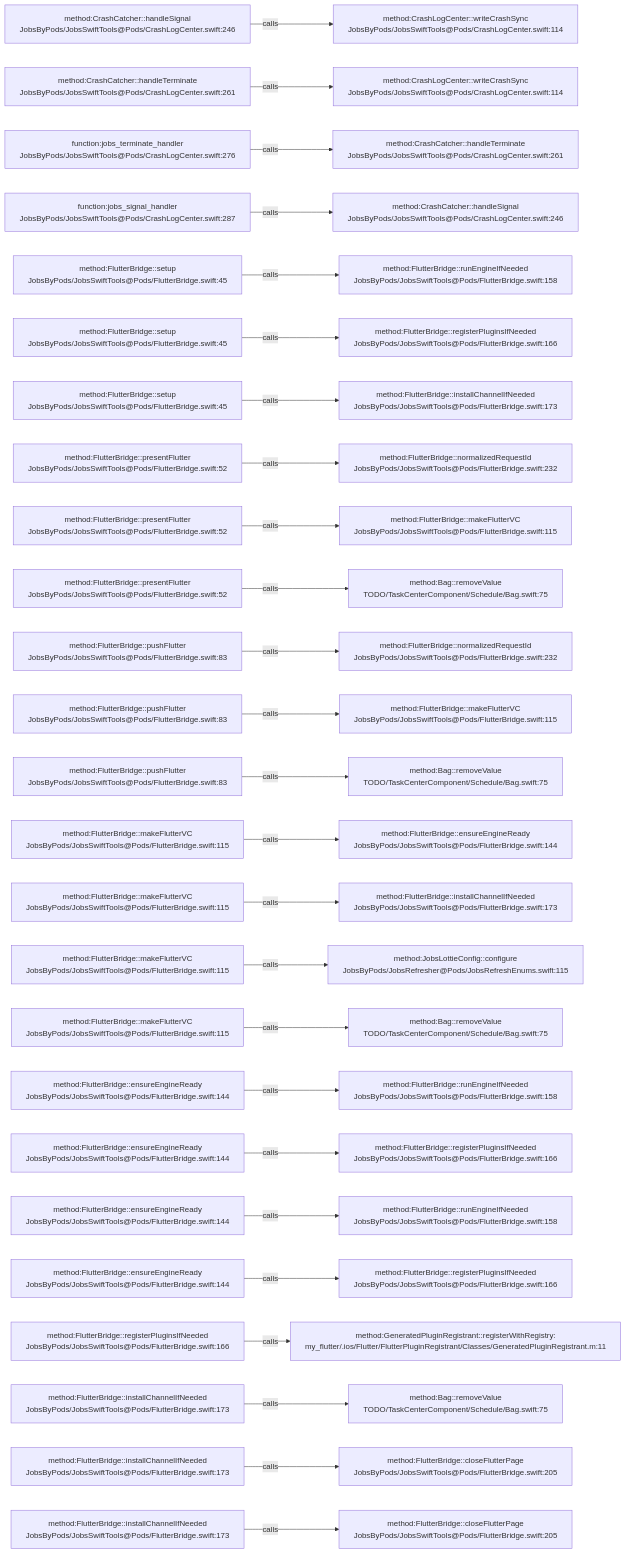
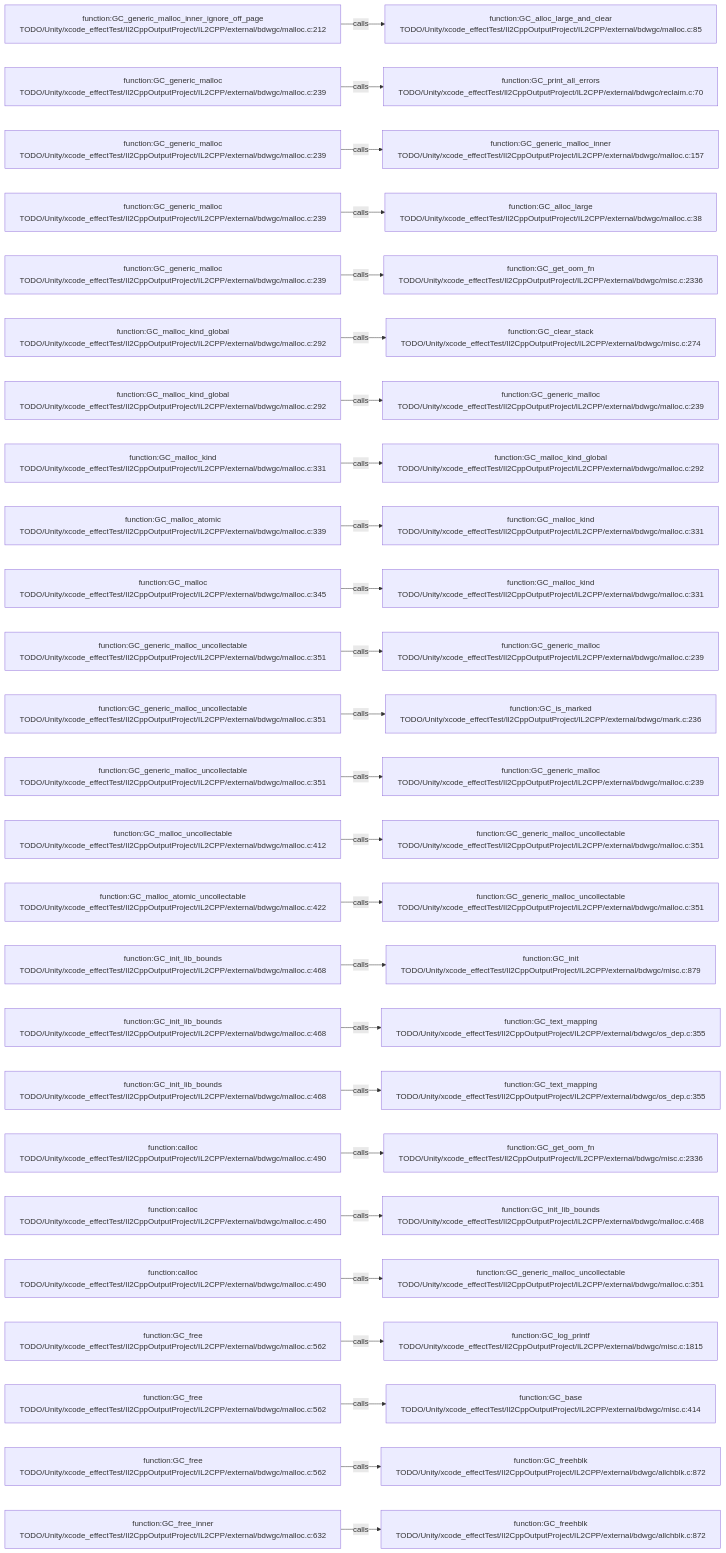
Before and after one commit to JobsKits/JobsSwiftBaseConfigDemo: the diagram in .codegraph/codegraph.md/graphs/calls-193.md, drawn with Mermaid. The commit also changed 569 other files, not shown here.

````diff
--- a/.codegraph/codegraph.md/graphs/calls-193.md
+++ b/.codegraph/codegraph.md/graphs/calls-193.md
@@ -13,78 +13,78 @@
 ```mermaid
 flowchart LR
-  S1["method:CrashCatcher::handleSignal<br/>JobsByPods/JobsSwiftTools@Pods/CrashLogCenter.swift:246"]
-  T1["method:CrashLogCenter::writeCrashSync<br/>JobsByPods/JobsSwiftTools@Pods/CrashLogCenter.swift:114"]
+  S1["function:GC_generic_malloc_inner_ignore_off_page<br/>TODO/Unity/xcode_effectTest/Il2CppOutputProject/IL2CPP/external/bdwgc/malloc.c:212"]
+  T1["function:GC_alloc_large_and_clear<br/>TODO/Unity/xcode_effectTest/Il2CppOutputProject/IL2CPP/external/bdwgc/malloc.c:85"]
   S1 -->|calls| T1
-  S2["method:CrashCatcher::handleTerminate<br/>JobsByPods/JobsSwiftTools@Pods/CrashLogCenter.swift:261"]
-  T2["method:CrashLogCenter::writeCrashSync<br/>JobsByPods/JobsSwiftTools@Pods/CrashLogCenter.swift:114"]
+  S2["function:GC_generic_malloc<br/>TODO/Unity/xcode_effectTest/Il2CppOutputProject/IL2CPP/external/bdwgc/malloc.c:239"]
+  T2["function:GC_print_all_errors<br/>TODO/Unity/xcode_effectTest/Il2CppOutputProject/IL2CPP/external/bdwgc/reclaim.c:70"]
   S2 -->|calls| T2
-  S3["function:jobs_terminate_handler<br/>JobsByPods/JobsSwiftTools@Pods/CrashLogCenter.swift:276"]
-  T3["method:CrashCatcher::handleTerminate<br/>JobsByPods/JobsSwiftTools@Pods/CrashLogCenter.swift:261"]
+  S3["function:GC_generic_malloc<br/>TODO/Unity/xcode_effectTest/Il2CppOutputProject/IL2CPP/external/bdwgc/malloc.c:239"]
+  T3["function:GC_generic_malloc_inner<br/>TODO/Unity/xcode_effectTest/Il2CppOutputProject/IL2CPP/external/bdwgc/malloc.c:157"]
   S3 -->|calls| T3
-  S4["function:jobs_signal_handler<br/>JobsByPods/JobsSwiftTools@Pods/CrashLogCenter.swift:287"]
-  T4["method:CrashCatcher::handleSignal<br/>JobsByPods/JobsSwiftTools@Pods/CrashLogCenter.swift:246"]
+  S4["function:GC_generic_malloc<br/>TODO/Unity/xcode_effectTest/Il2CppOutputProject/IL2CPP/external/bdwgc/malloc.c:239"]
+  T4["function:GC_alloc_large<br/>TODO/Unity/xcode_effectTest/Il2CppOutputProject/IL2CPP/external/bdwgc/malloc.c:38"]
   S4 -->|calls| T4
-  S5["method:FlutterBridge::setup<br/>JobsByPods/JobsSwiftTools@Pods/FlutterBridge.swift:45"]
-  T5["method:FlutterBridge::runEngineIfNeeded<br/>JobsByPods/JobsSwiftTools@Pods/FlutterBridge.swift:158"]
+  S5["function:GC_generic_malloc<br/>TODO/Unity/xcode_effectTest/Il2CppOutputProject/IL2CPP/external/bdwgc/malloc.c:239"]
+  T5["function:GC_get_oom_fn<br/>TODO/Unity/xcode_effectTest/Il2CppOutputProject/IL2CPP/external/bdwgc/misc.c:2336"]
   S5 -->|calls| T5
-  S6["method:FlutterBridge::setup<br/>JobsByPods/JobsSwiftTools@Pods/FlutterBridge.swift:45"]
-  T6["method:FlutterBridge::registerPluginsIfNeeded<br/>JobsByPods/JobsSwiftTools@Pods/FlutterBridge.swift:166"]
+  S6["function:GC_malloc_kind_global<br/>TODO/Unity/xcode_effectTest/Il2CppOutputProject/IL2CPP/external/bdwgc/malloc.c:292"]
+  T6["function:GC_clear_stack<br/>TODO/Unity/xcode_effectTest/Il2CppOutputProject/IL2CPP/external/bdwgc/misc.c:274"]
   S6 -->|calls| T6
-  S7["method:FlutterBridge::setup<br/>JobsByPods/JobsSwiftTools@Pods/FlutterBridge.swift:45"]
-  T7["method:FlutterBridge::installChannelIfNeeded<br/>JobsByPods/JobsSwiftTools@Pods/FlutterBridge.swift:173"]
+  S7["function:GC_malloc_kind_global<br/>TODO/Unity/xcode_effectTest/Il2CppOutputProject/IL2CPP/external/bdwgc/malloc.c:292"]
+  T7["function:GC_generic_malloc<br/>TODO/Unity/xcode_effectTest/Il2CppOutputProject/IL2CPP/external/bdwgc/malloc.c:239"]
   S7 -->|calls| T7
-  S8["method:FlutterBridge::presentFlutter<br/>JobsByPods/JobsSwiftTools@Pods/FlutterBridge.swift:52"]
-  T8["method:FlutterBridge::normalizedRequestId<br/>JobsByPods/JobsSwiftTools@Pods/FlutterBridge.swift:232"]
+  S8["function:GC_malloc_kind<br/>TODO/Unity/xcode_effectTest/Il2CppOutputProject/IL2CPP/external/bdwgc/malloc.c:331"]
+  T8["function:GC_malloc_kind_global<br/>TODO/Unity/xcode_effectTest/Il2CppOutputProject/IL2CPP/external/bdwgc/malloc.c:292"]
   S8 -->|calls| T8
-  S9["method:FlutterBridge::presentFlutter<br/>JobsByPods/JobsSwiftTools@Pods/FlutterBridge.swift:52"]
-  T9["method:FlutterBridge::makeFlutterVC<br/>JobsByPods/JobsSwiftTools@Pods/FlutterBridge.swift:115"]
+  S9["function:GC_malloc_atomic<br/>TODO/Unity/xcode_effectTest/Il2CppOutputProject/IL2CPP/external/bdwgc/malloc.c:339"]
+  T9["function:GC_malloc_kind<br/>TODO/Unity/xcode_effectTest/Il2CppOutputProject/IL2CPP/external/bdwgc/malloc.c:331"]
   S9 -->|calls| T9
-  S10["method:FlutterBridge::presentFlutter<br/>JobsByPods/JobsSwiftTools@Pods/FlutterBridge.swift:52"]
-  T10["method:Bag::removeValue<br/>TODO/TaskCenterComponent/Schedule/Bag.swift:75"]
+  S10["function:GC_malloc<br/>TODO/Unity/xcode_effectTest/Il2CppOutputProject/IL2CPP/external/bdwgc/malloc.c:345"]
+  T10["function:GC_malloc_kind<br/>TODO/Unity/xcode_effectTest/Il2CppOutputProject/IL2CPP/external/bdwgc/malloc.c:331"]
   S10 -->|calls| T10
-  S11["method:FlutterBridge::pushFlutter<br/>JobsByPods/JobsSwiftTools@Pods/FlutterBridge.swift:83"]
-  T11["method:FlutterBridge::normalizedRequestId<br/>JobsByPods/JobsSwiftTools@Pods/FlutterBridge.swift:232"]
+  S11["function:GC_generic_malloc_uncollectable<br/>TODO/Unity/xcode_effectTest/Il2CppOutputProject/IL2CPP/external/bdwgc/malloc.c:351"]
+  T11["function:GC_generic_malloc<br/>TODO/Unity/xcode_effectTest/Il2CppOutputProject/IL2CPP/external/bdwgc/malloc.c:239"]
   S11 -->|calls| T11
-  S12["method:FlutterBridge::pushFlutter<br/>JobsByPods/JobsSwiftTools@Pods/FlutterBridge.swift:83"]
-  T12["method:FlutterBridge::makeFlutterVC<br/>JobsByPods/JobsSwiftTools@Pods/FlutterBridge.swift:115"]
+  S12["function:GC_generic_malloc_uncollectable<br/>TODO/Unity/xcode_effectTest/Il2CppOutputProject/IL2CPP/external/bdwgc/malloc.c:351"]
+  T12["function:GC_is_marked<br/>TODO/Unity/xcode_effectTest/Il2CppOutputProject/IL2CPP/external/bdwgc/mark.c:236"]
   S12 -->|calls| T12
-  S13["method:FlutterBridge::pushFlutter<br/>JobsByPods/JobsSwiftTools@Pods/FlutterBridge.swift:83"]
-  T13["method:Bag::removeValue<br/>TODO/TaskCenterComponent/Schedule/Bag.swift:75"]
+  S13["function:GC_generic_malloc_uncollectable<br/>TODO/Unity/xcode_effectTest/Il2CppOutputProject/IL2CPP/external/bdwgc/malloc.c:351"]
+  T13["function:GC_generic_malloc<br/>TODO/Unity/xcode_effectTest/Il2CppOutputProject/IL2CPP/external/bdwgc/malloc.c:239"]
   S13 -->|calls| T13
-  S14["method:FlutterBridge::makeFlutterVC<br/>JobsByPods/JobsSwiftTools@Pods/FlutterBridge.swift:115"]
-  T14["method:FlutterBridge::ensureEngineReady<br/>JobsByPods/JobsSwiftTools@Pods/FlutterBridge.swift:144"]
+  S14["function:GC_malloc_uncollectable<br/>TODO/Unity/xcode_effectTest/Il2CppOutputProject/IL2CPP/external/bdwgc/malloc.c:412"]
+  T14["function:GC_generic_malloc_uncollectable<br/>TODO/Unity/xcode_effectTest/Il2CppOutputProject/IL2CPP/external/bdwgc/malloc.c:351"]
   S14 -->|calls| T14
-  S15["method:FlutterBridge::makeFlutterVC<br/>JobsByPods/JobsSwiftTools@Pods/FlutterBridge.swift:115"]
-  T15["method:FlutterBridge::installChannelIfNeeded<br/>JobsByPods/JobsSwiftTools@Pods/FlutterBridge.swift:173"]
+  S15["function:GC_malloc_atomic_uncollectable<br/>TODO/Unity/xcode_effectTest/Il2CppOutputProject/IL2CPP/external/bdwgc/malloc.c:422"]
+  T15["function:GC_generic_malloc_uncollectable<br/>TODO/Unity/xcode_effectTest/Il2CppOutputProject/IL2CPP/external/bdwgc/malloc.c:351"]
   S15 -->|calls| T15
-  S16["method:FlutterBridge::makeFlutterVC<br/>JobsByPods/JobsSwiftTools@Pods/FlutterBridge.swift:115"]
-  T16["method:JobsLottieConfig::configure<br/>JobsByPods/JobsRefresher@Pods/JobsRefreshEnums.swift:115"]
+  S16["function:GC_init_lib_bounds<br/>TODO/Unity/xcode_effectTest/Il2CppOutputProject/IL2CPP/external/bdwgc/malloc.c:468"]
+  T16["function:GC_init<br/>TODO/Unity/xcode_effectTest/Il2CppOutputProject/IL2CPP/external/bdwgc/misc.c:879"]
   S16 -->|calls| T16
-  S17["method:FlutterBridge::makeFlutterVC<br/>JobsByPods/JobsSwiftTools@Pods/FlutterBridge.swift:115"]
-  T17["method:Bag::removeValue<br/>TODO/TaskCenterComponent/Schedule/Bag.swift:75"]
+  S17["function:GC_init_lib_bounds<br/>TODO/Unity/xcode_effectTest/Il2CppOutputProject/IL2CPP/external/bdwgc/malloc.c:468"]
+  T17["function:GC_text_mapping<br/>TODO/Unity/xcode_effectTest/Il2CppOutputProject/IL2CPP/external/bdwgc/os_dep.c:355"]
   S17 -->|calls| T17
-  S18["method:FlutterBridge::ensureEngineReady<br/>JobsByPods/JobsSwiftTools@Pods/FlutterBridge.swift:144"]
-  T18["method:FlutterBridge::runEngineIfNeeded<br/>JobsByPods/JobsSwiftTools@Pods/FlutterBridge.swift:158"]
+  S18["function:GC_init_lib_bounds<br/>TODO/Unity/xcode_effectTest/Il2CppOutputProject/IL2CPP/external/bdwgc/malloc.c:468"]
+  T18["function:GC_text_mapping<br/>TODO/Unity/xcode_effectTest/Il2CppOutputProject/IL2CPP/external/bdwgc/os_dep.c:355"]
   S18 -->|calls| T18
-  S19["method:FlutterBridge::ensureEngineReady<br/>JobsByPods/JobsSwiftTools@Pods/FlutterBridge.swift:144"]
-  T19["method:FlutterBridge::registerPluginsIfNeeded<br/>JobsByPods/JobsSwiftTools@Pods/FlutterBridge.swift:166"]
+  S19["function:calloc<br/>TODO/Unity/xcode_effectTest/Il2CppOutputProject/IL2CPP/external/bdwgc/malloc.c:490"]
+  T19["function:GC_get_oom_fn<br/>TODO/Unity/xcode_effectTest/Il2CppOutputProject/IL2CPP/external/bdwgc/misc.c:2336"]
   S19 -->|calls| T19
-  S20["method:FlutterBridge::ensureEngineReady<br/>JobsByPods/JobsSwiftTools@Pods/FlutterBridge.swift:144"]
-  T20["method:FlutterBridge::runEngineIfNeeded<br/>JobsByPods/JobsSwiftTools@Pods/FlutterBridge.swift:158"]
+  S20["function:calloc<br/>TODO/Unity/xcode_effectTest/Il2CppOutputProject/IL2CPP/external/bdwgc/malloc.c:490"]
+  T20["function:GC_init_lib_bounds<br/>TODO/Unity/xcode_effectTest/Il2CppOutputProject/IL2CPP/external/bdwgc/malloc.c:468"]
   S20 -->|calls| T20
-  S21["method:FlutterBridge::ensureEngineReady<br/>JobsByPods/JobsSwiftTools@Pods/FlutterBridge.swift:144"]
-  T21["method:FlutterBridge::registerPluginsIfNeeded<br/>JobsByPods/JobsSwiftTools@Pods/FlutterBridge.swift:166"]
+  S21["function:calloc<br/>TODO/Unity/xcode_effectTest/Il2CppOutputProject/IL2CPP/external/bdwgc/malloc.c:490"]
+  T21["function:GC_generic_malloc_uncollectable<br/>TODO/Unity/xcode_effectTest/Il2CppOutputProject/IL2CPP/external/bdwgc/malloc.c:351"]
   S21 -->|calls| T21
-  S22["method:FlutterBridge::registerPluginsIfNeeded<br/>JobsByPods/JobsSwiftTools@Pods/FlutterBridge.swift:166"]
-  T22["method:GeneratedPluginRegistrant::registerWithRegistry:<br/>my_flutter/.ios/Flutter/FlutterPluginRegistrant/Classes/GeneratedPluginRegistrant.m:11"]
+  S22["function:GC_free<br/>TODO/Unity/xcode_effectTest/Il2CppOutputProject/IL2CPP/external/bdwgc/malloc.c:562"]
+  T22["function:GC_log_printf<br/>TODO/Unity/xcode_effectTest/Il2CppOutputProject/IL2CPP/external/bdwgc/misc.c:1815"]
   S22 -->|calls| T22
-  S23["method:FlutterBridge::installChannelIfNeeded<br/>JobsByPods/JobsSwiftTools@Pods/FlutterBridge.swift:173"]
-  T23["method:Bag::removeValue<br/>TODO/TaskCenterComponent/Schedule/Bag.swift:75"]
+  S23["function:GC_free<br/>TODO/Unity/xcode_effectTest/Il2CppOutputProject/IL2CPP/external/bdwgc/malloc.c:562"]
+  T23["function:GC_base<br/>TODO/Unity/xcode_effectTest/Il2CppOutputProject/IL2CPP/external/bdwgc/misc.c:414"]
   S23 -->|calls| T23
-  S24["method:FlutterBridge::installChannelIfNeeded<br/>JobsByPods/JobsSwiftTools@Pods/FlutterBridge.swift:173"]
-  T24["method:FlutterBridge::closeFlutterPage<br/>JobsByPods/JobsSwiftTools@Pods/FlutterBridge.swift:205"]
+  S24["function:GC_free<br/>TODO/Unity/xcode_effectTest/Il2CppOutputProject/IL2CPP/external/bdwgc/malloc.c:562"]
+  T24["function:GC_freehblk<br/>TODO/Unity/xcode_effectTest/Il2CppOutputProject/IL2CPP/external/bdwgc/allchblk.c:872"]
   S24 -->|calls| T24
-  S25["method:FlutterBridge::installChannelIfNeeded<br/>JobsByPods/JobsSwiftTools@Pods/FlutterBridge.swift:173"]
-  T25["method:FlutterBridge::closeFlutterPage<br/>JobsByPods/JobsSwiftTools@Pods/FlutterBridge.swift:205"]
+  S25["function:GC_free_inner<br/>TODO/Unity/xcode_effectTest/Il2CppOutputProject/IL2CPP/external/bdwgc/malloc.c:632"]
+  T25["function:GC_freehblk<br/>TODO/Unity/xcode_effectTest/Il2CppOutputProject/IL2CPP/external/bdwgc/allchblk.c:872"]
   S25 -->|calls| T25
 ```
````
